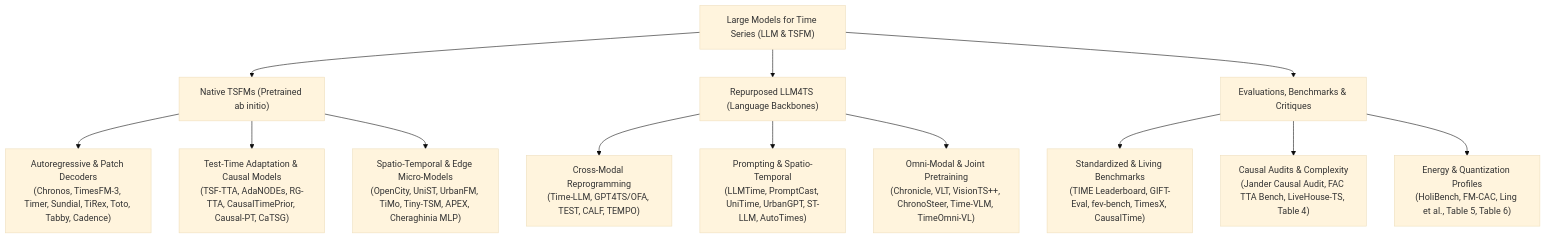
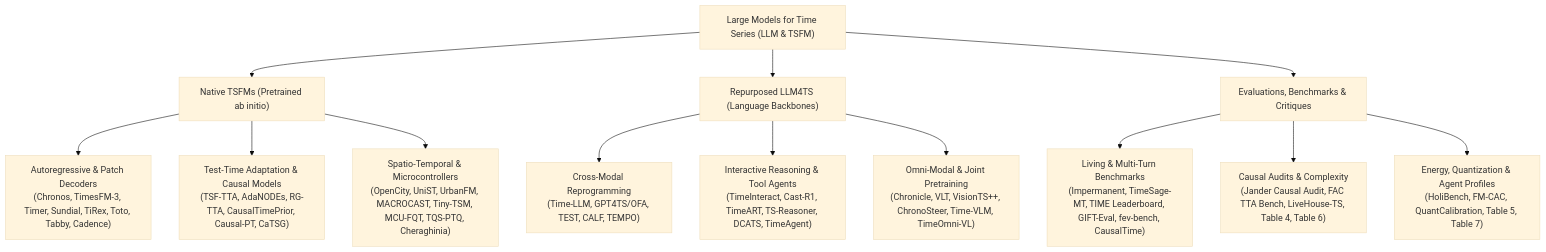
Before and after one commit to lihuirui/awesome-llm-time-series-foundation-models-survey: the diagram in README.md, drawn with Mermaid (base theme). The commit also changed other lines of this file and 28 other files, not shown here.

Commit message:
feat(iter-7): interactive time-series agents, extreme MCU quantization & living streaming benchmarks

````diff
--- a/README.md
+++ b/README.md
@@ -29,19 +29,19 @@
 ```mermaid
 graph TD
     Root["Large Models for Time Series (LLM & TSFM)"]
     Root --> P1["Native TSFMs (Pretrained ab initio)"]
     Root --> P2["Repurposed LLM4TS (Language Backbones)"]
     Root --> P3["Evaluations, Benchmarks & Critiques"]
 
     P1 --> P1_Dec["Autoregressive & Patch Decoders<br/>(Chronos, TimesFM-3, Timer, Sundial, TiRex, Toto, Tabby, Cadence)"]
     P1 --> P1_TTA["Test-Time Adaptation & Causal Models<br/>(TSF-TTA, AdaNODEs, RG-TTA, CausalTimePrior, Causal-PT, CaTSG)"]
-    P1 --> P1_Edge["Spatio-Temporal & Edge Micro-Models<br/>(OpenCity, UniST, UrbanFM, TiMo, Tiny-TSM, APEX, Cheraghinia MLP)"]
+    P1 --> P1_Edge["Spatio-Temporal & Microcontrollers<br/>(OpenCity, UniST, UrbanFM, MACROCAST, Tiny-TSM, MCU-FQT, TQS-PTQ, Cheraghinia)"]
 
     P2 --> P2_Reprog["Cross-Modal Reprogramming<br/>(Time-LLM, GPT4TS/OFA, TEST, CALF, TEMPO)"]
-    P2 --> P2_Prompt["Prompting & Spatio-Temporal<br/>(LLMTime, PromptCast, UniTime, UrbanGPT, ST-LLM, AutoTimes)"]
+    P2 --> P2_Agent["Interactive Reasoning & Tool Agents<br/>(TimeInteract, Cast-R1, TimeART, TS-Reasoner, DCATS, TimeAgent)"]
     P2 --> P2_Omni["Omni-Modal & Joint Pretraining<br/>(Chronicle, VLT, VisionTS++, ChronoSteer, Time-VLM, TimeOmni-VL)"]
 
-    P3 --> P3_Bench["Standardized & Living Benchmarks<br/>(TIME Leaderboard, GIFT-Eval, fev-bench, TimesX, CausalTime)"]
-    P3 --> P3_Audit["Causal Audits & Complexity<br/>(Jander Causal Audit, FAC TTA Bench, LiveHouse-TS, Table 4)"]
-    P3 --> P3_Energy["Energy & Quantization Profiles<br/>(HoliBench, FM-CAC, Ling et al., Table 5, Table 6)"]
+    P3 --> P3_Bench["Living & Multi-Turn Benchmarks<br/>(Impermanent, TimeSage-MT, TIME Leaderboard, GIFT-Eval, fev-bench, CausalTime)"]
+    P3 --> P3_Audit["Causal Audits & Complexity<br/>(Jander Causal Audit, FAC TTA Bench, LiveHouse-TS, Table 4, Table 6)"]
+    P3 --> P3_Energy["Energy, Quantization & Agent Profiles<br/>(HoliBench, FM-CAC, QuantCalibration, Table 5, Table 7)"]
 ```
````
